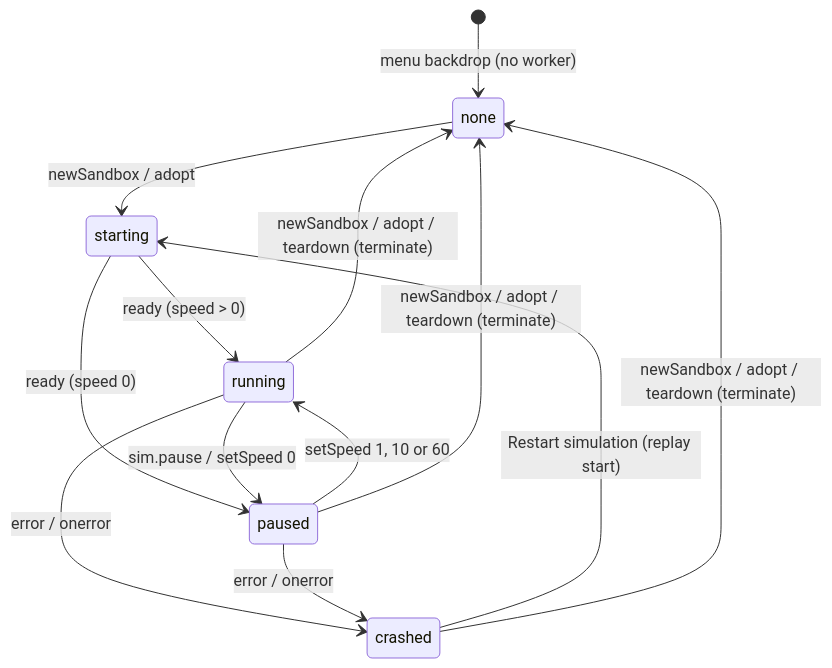
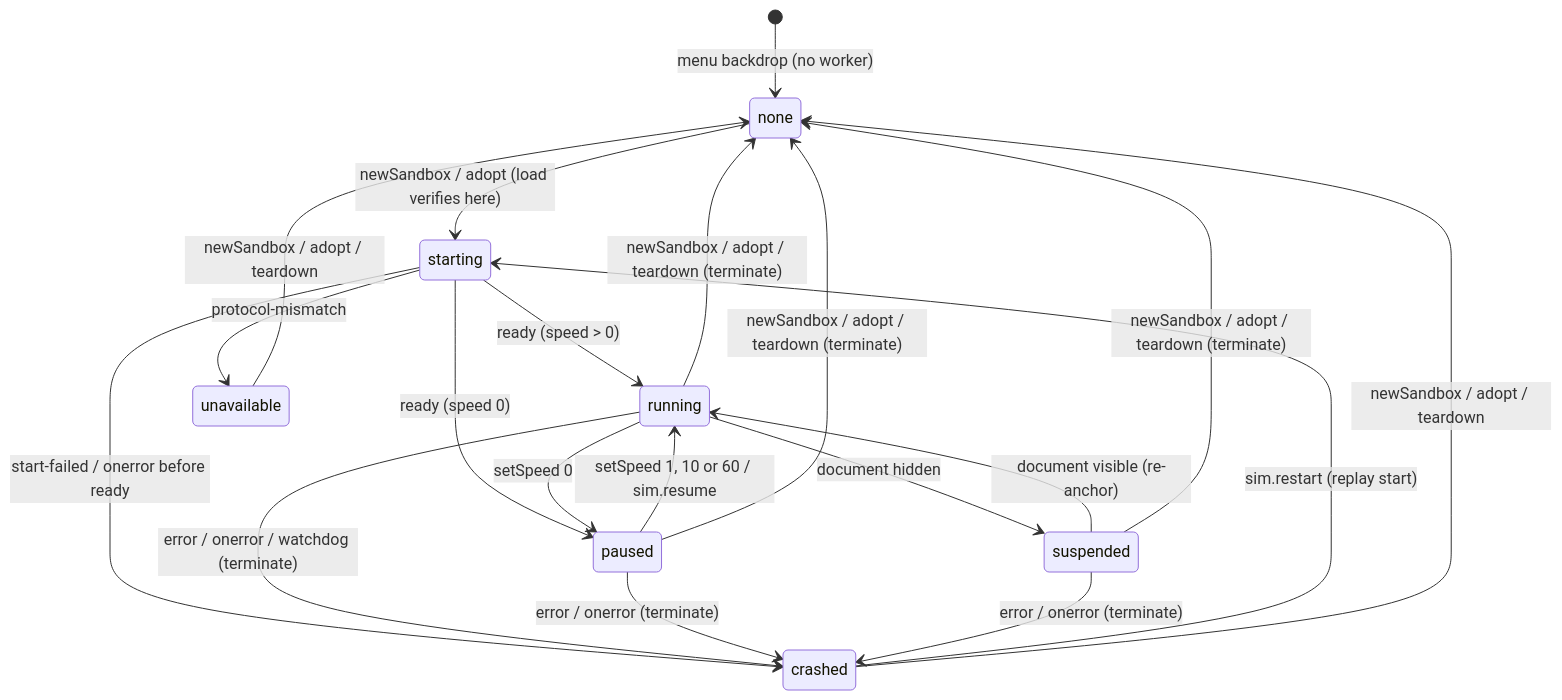
The first of 4 diagrams in docs/decisions/0011-sim-worker-contract.md (joebarbere/controls), drawn with Mermaid before and after one commit. The commit also changed other lines of this file and 2 other files, not shown here.

````diff
--- a/docs/decisions/0011-sim-worker-contract.md
+++ b/docs/decisions/0011-sim-worker-contract.md
@@ -398,15 +504,22 @@
 ```mermaid
 stateDiagram-v2
     [*] --> none: menu backdrop (no worker)
-    none --> starting: newSandbox / adopt
+    none --> starting: newSandbox / adopt (load verifies here)
     starting --> running: ready (speed > 0)
     starting --> paused: ready (speed 0)
-    running --> paused: sim.pause / setSpeed 0
-    paused --> running: setSpeed 1, 10 or 60
-    running --> crashed: error / onerror
-    paused --> crashed: error / onerror
-    crashed --> starting: Restart simulation (replay start)
+    starting --> unavailable: protocol-mismatch
+    starting --> crashed: start-failed / onerror before ready
+    running --> paused: setSpeed 0
+    paused --> running: setSpeed 1, 10 or 60 / sim.resume
+    running --> suspended: document hidden
+    suspended --> running: document visible (re-anchor)
+    running --> crashed: error / onerror / watchdog (terminate)
+    paused --> crashed: error / onerror (terminate)
+    suspended --> crashed: error / onerror (terminate)
+    crashed --> starting: sim.restart (replay start)
     running --> none: newSandbox / adopt / teardown (terminate)
     paused --> none: newSandbox / adopt / teardown (terminate)
-    crashed --> none: newSandbox / adopt / teardown (terminate)
+    suspended --> none: newSandbox / adopt / teardown (terminate)
+    crashed --> none: newSandbox / adopt / teardown
+    unavailable --> none: newSandbox / adopt / teardown
 ```
````
